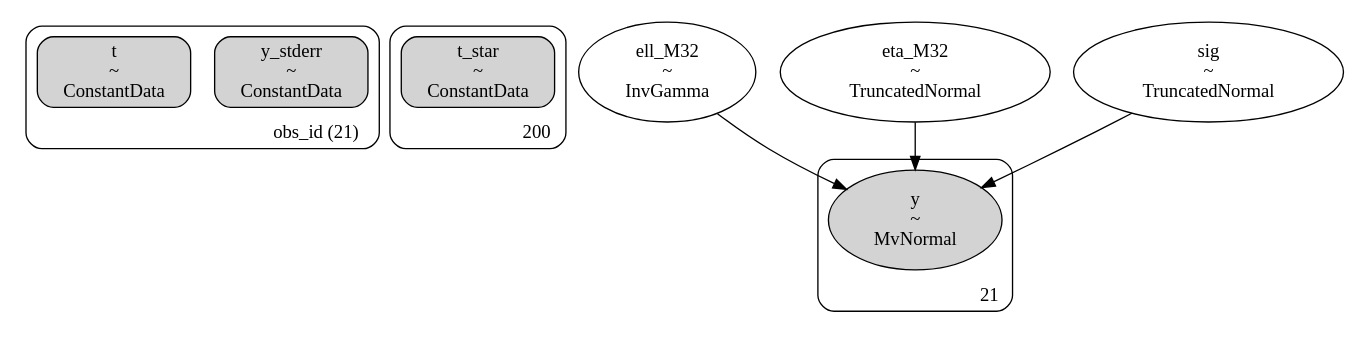
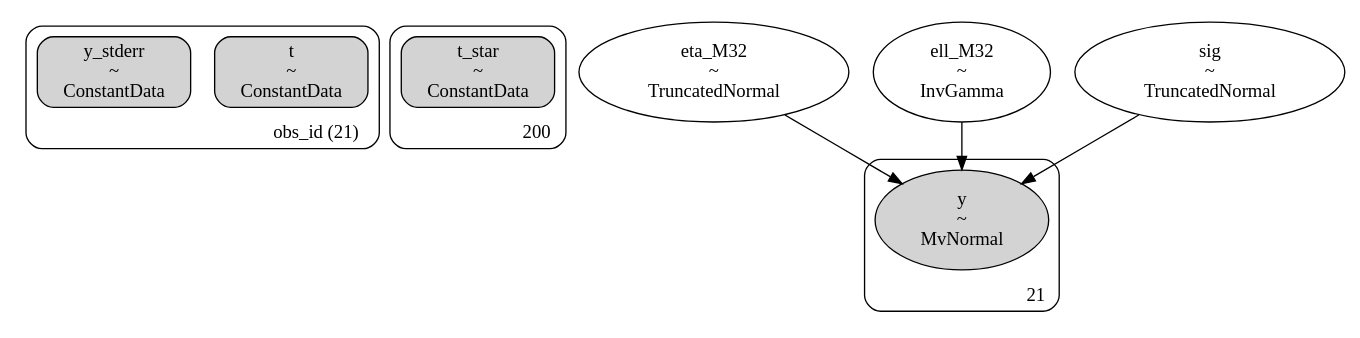
One commit to shihchingfu/gp-sandbox-thunderkat changed the diagram in dags/428_ra236.530_dec-46.922_4U1543TraPDB_andersson_m32_dag.dot. Above: the diagram before and after it, drawn with Graphviz. The commit also changed other lines of this file and 14 other files, not shown here.

```diff
--- a/dags/428_ra236.530_dec-46.922_4U1543TraPDB_andersson_m32_dag.dot
+++ b/dags/428_ra236.530_dec-46.922_4U1543TraPDB_andersson_m32_dag.dot
@@ -1,35 +1,35 @@
 digraph {
 	subgraph "clusterobs_id (21)" {
-		y_stderr [label="y_stderr
+		t [label="t
 ~
 ConstantData" shape=box style="rounded, filled"]
-		t [label="t
+		y_stderr [label="y_stderr
 ~
 ConstantData" shape=box style="rounded, filled"]
 		label="obs_id (21)" labeljust=r labelloc=b style=rounded
 	}
 	subgraph cluster200 {
 		t_star [label="t_star
 ~
 ConstantData" shape=box style="rounded, filled"]
 		label=200 labeljust=r labelloc=b style=rounded
 	}
+	eta_M32 [label="eta_M32
+~
+TruncatedNormal" shape=ellipse]
 	ell_M32 [label="ell_M32
 ~
 InvGamma" shape=ellipse]
-	eta_M32 [label="eta_M32
-~
-TruncatedNormal" shape=ellipse]
 	sig [label="sig
 ~
 TruncatedNormal" shape=ellipse]
 	subgraph cluster21 {
 		y [label="y
 ~
 MvNormal" shape=ellipse style=filled]
 		label=21 labeljust=r labelloc=b style=rounded
 	}
+	eta_M32 -> y
 	ell_M32 -> y
-	eta_M32 -> y
 	sig -> y
 }
```
